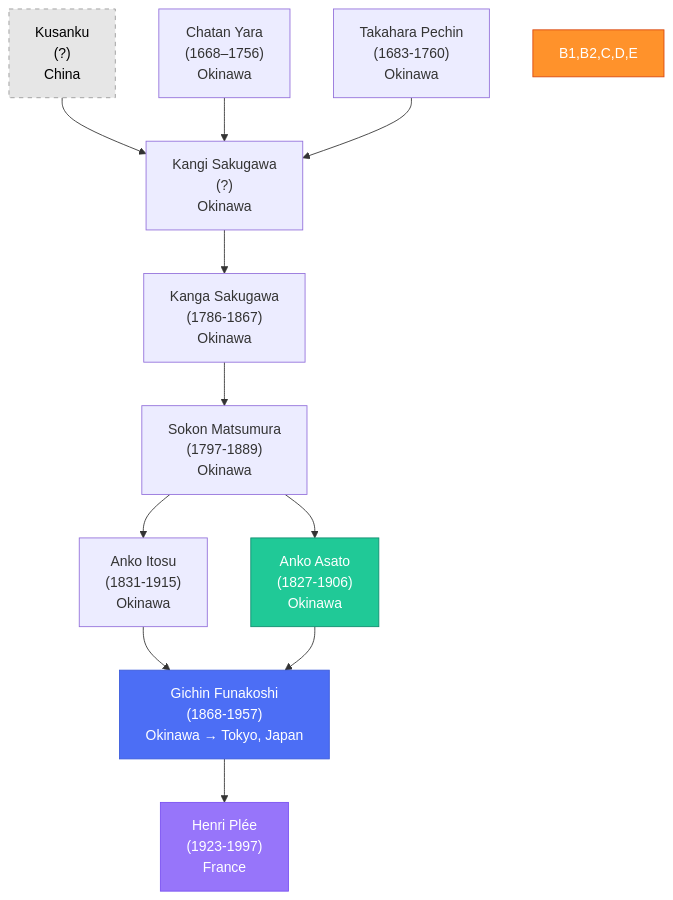
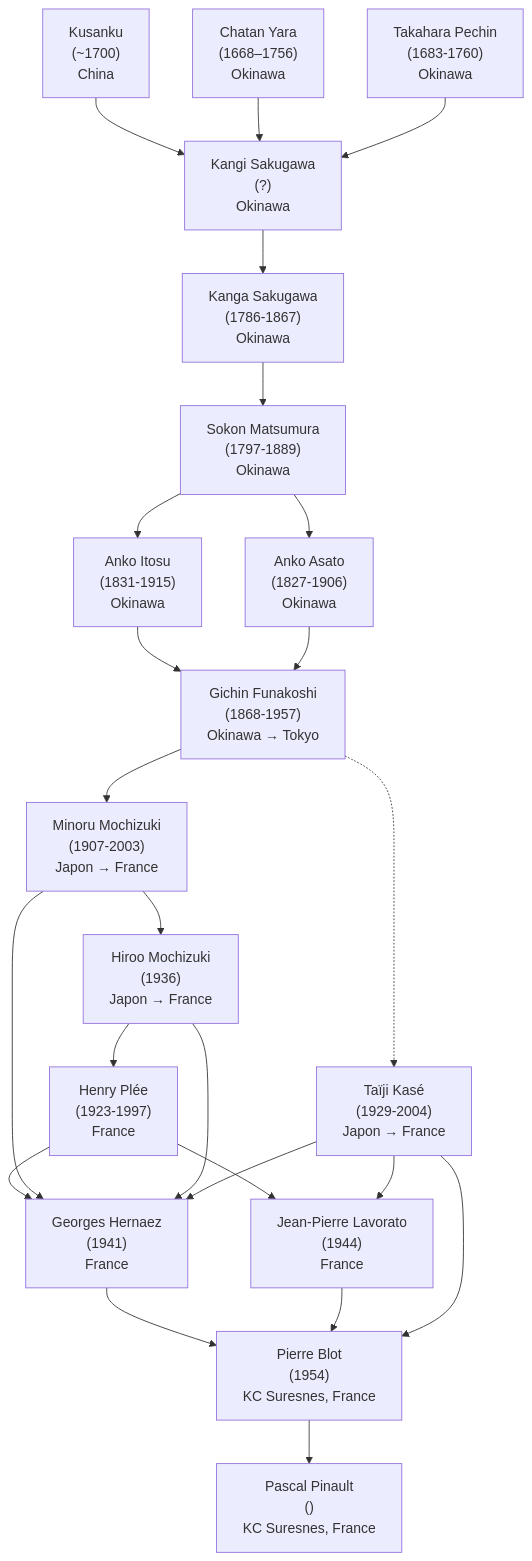
The diagram in pages/lignee.md (NicolasPA/kcsuresnes), drawn with Mermaid before and after one commit.

Commit message:
Revise lineage details and formatting in lignee.md
Updated historical details and formatting for clarity.

````diff
--- a/pages/lignee.md
+++ b/pages/lignee.md
@@ -3,25 +3,31 @@
 ```mermaid
 graph TD
-    A1["Kusanku<br/>(?)<br/>China"]
+    A1["Kusanku<br/>(~1700)<br/>China"]
     A2["Chatan Yara<br/>(1668–1756)<br/>Okinawa"]
     A3["Takahara Pechin<br/>(1683-1760)<br/>Okinawa"]
     B1["Kangi Sakugawa<br/>(?)<br/>Okinawa"]
     A1 --> B1
     A2 --> B1
     A3 --> B1
     --> B2["Kanga Sakugawa<br/>(1786-1867)<br/>Okinawa"]
     --> C["Sokon Matsumura<br/>(1797-1889)<br/>Okinawa"]
     --> D["Anko Itosu<br/>(1831-1915)<br/>Okinawa"]
     C --> E["Anko Asato<br/>(1827-1906)<br/>Okinawa"]
-    D --> F["Gichin Funakoshi<br/>(1868-1957)<br/>Okinawa → Tokyo, Japan"]
+    D --> F["Gichin Funakoshi<br/>(1868-1957)<br/>Okinawa → Tokyo"]
     E --> F
-    --> G["Henri Plée<br/>(1923-1997)<br/>France"]
-        
-    style A1 fill:#e6e6e6,stroke:#999999,color:#000,stroke-dasharray: 5 5
-    style B1,B2,C,D,E fill:#ff922b,stroke:#d9480f,color:#fff
-    style F fill:#ff922b,stroke:#d9480f,color:#fff
-    style G fill:#20c997,stroke:#0f8d6f,color:#fff
-    style E fill:#20c997,stroke:#0f8d6f,color:#fff
-    style F fill:#4c6ef5,stroke:#3b5bdb,color:#fff
-    style G fill:#9775fa,stroke:#7950f2,color:#fff
+    --> G["Minoru Mochizuki<br/>(1907-2003)<br/>Japon → France"]
+    --> H["Hiroo Mochizuki<br/>(1936)<br/>Japon → France"]
+    --> I["Henry Plée<br/>(1923-1997)<br/>France"]
+    J["Taïji Kasé<br/>(1929-2004)<br/>Japon → France"]
+    F -.-> J
+    I --> K["Jean-Pierre Lavorato<br/>(1944)<br/>France"]
+    J --> K
+    I --> L["Georges Hernaez<br/>(1941)<br/>France"]
+    G --> L
+    H --> L
+    J --> L
+    L --> M["Pierre Blot<br/>(1954)<br/>KC Suresnes, France"]
+    K --> M
+    J --> M
+    M --> N["Pascal Pinault<br/>()<br/>KC Suresnes, France"]
 ```
````
